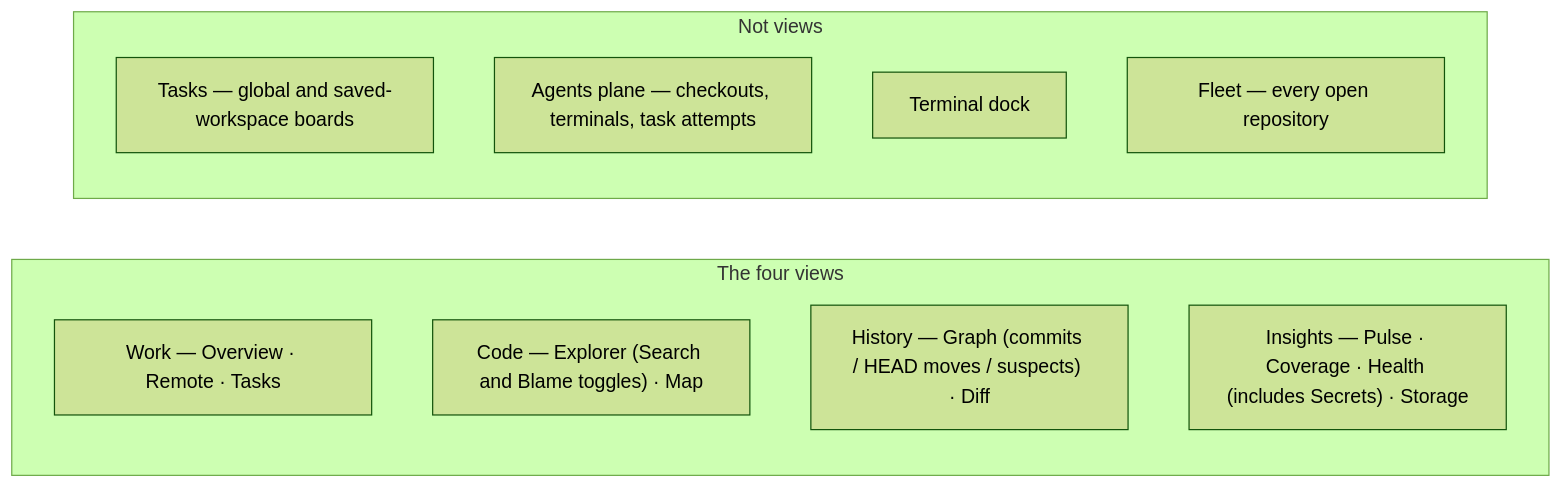
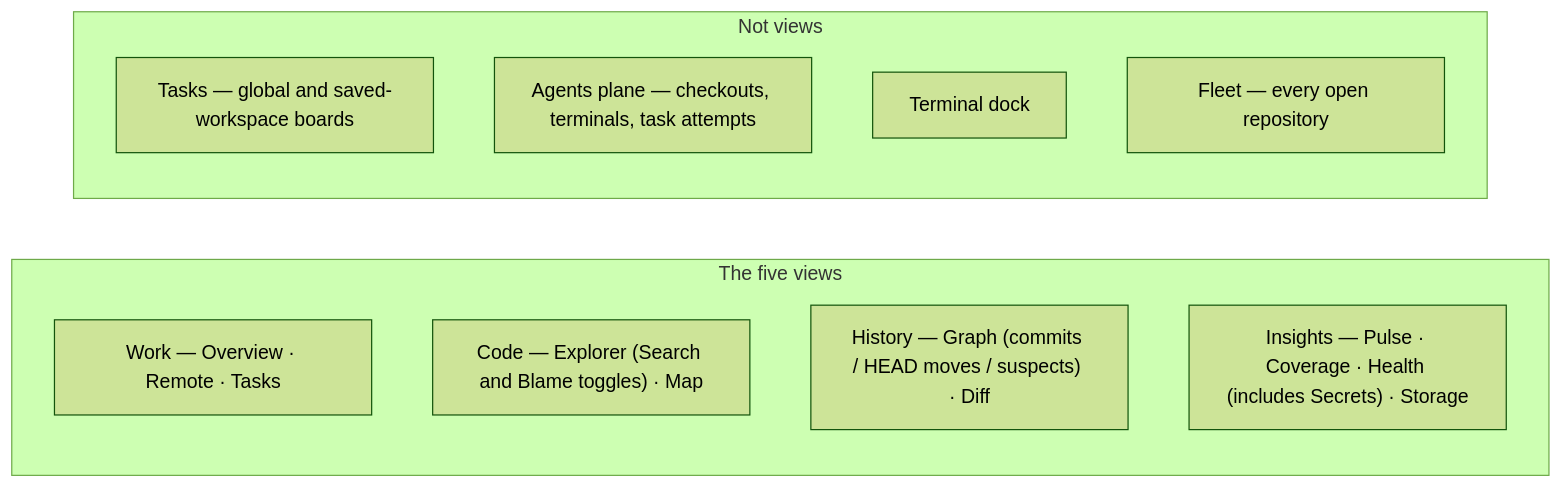
Before and after one commit to bharathvbcr/GitPulse: the diagram in wiki/Home.md, drawn with Mermaid (forest theme). The commit also changed other lines of this file and 58 other files, not shown here.

````diff
--- a/wiki/Home.md
+++ b/wiki/Home.md
@@ -34,15 +34,15 @@
 ```mermaid
 flowchart LR
-    subgraph Views["The four views"]
+    subgraph Views["The five views"]
         Work["Work — Overview · Remote · Tasks"]
         Code["Code — Explorer (Search and Blame toggles) · Map"]
         History["History — Graph (commits / HEAD moves / suspects) · Diff"]
         Insights["Insights — Pulse · Coverage · Health (includes Secrets) · Storage"]
     end
     subgraph Beside["Not views"]
         Tasks["Tasks — global and saved-workspace boards"]
         Agents["Agents plane — checkouts, terminals, task attempts"]
         Terminal["Terminal dock"]
         Fleet["Fleet — every open repository"]
     end
 ```
````
